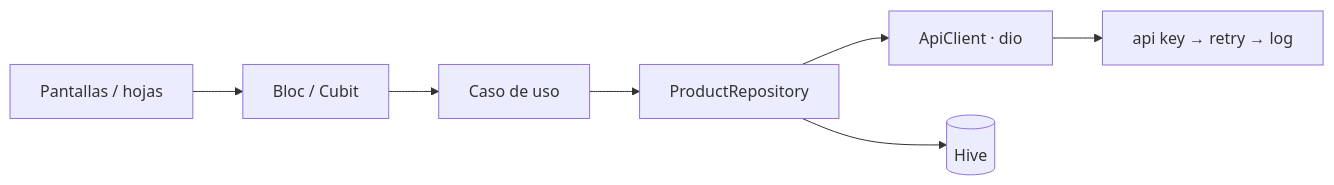
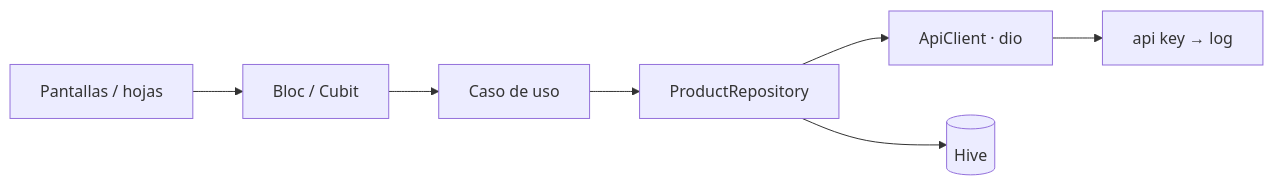
The diagram in README.md (LeoMogiano/bancosol-flutter-challenge), drawn with Mermaid before and after one commit. The commit also changed other lines of this file and 6 other files, not shown here.

````diff
--- a/README.md
+++ b/README.md
@@ -73,9 +73,9 @@
 ```mermaid
 flowchart LR
   UI[Pantallas / hojas] --> B[Bloc / Cubit]
   B --> UC[Caso de uso]
   UC --> R[ProductRepository]
   R --> API[ApiClient · dio]
   R --> H[(Hive)]
-  API --> I[api key → retry → log]
+  API --> I[api key → log]
 ```
````
